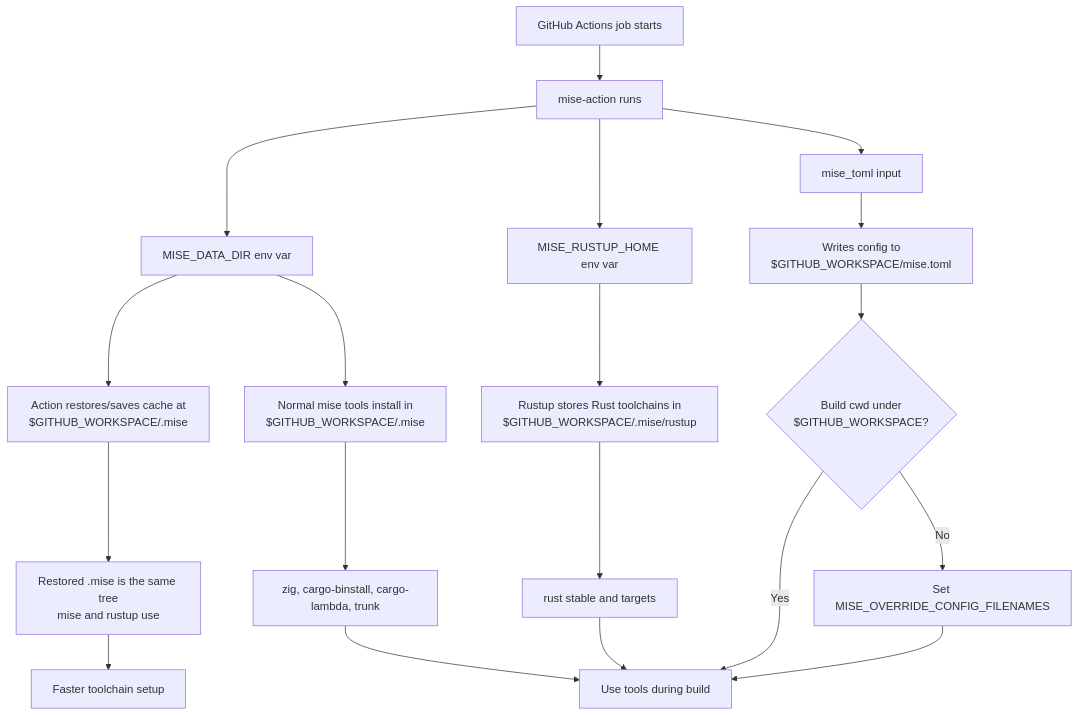
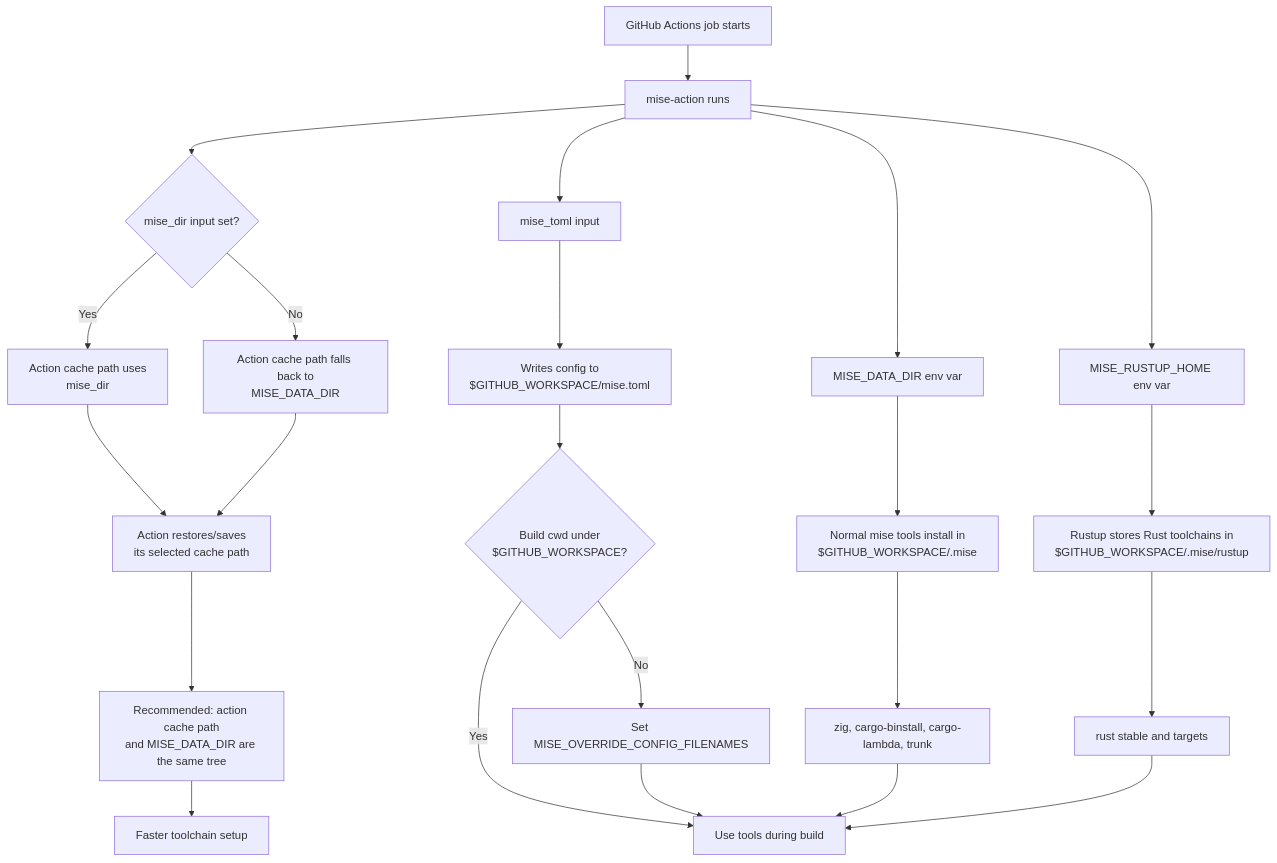
One commit to garysassano/cargo-ci-cache-archive changed the diagram in docs/operations/mise-tool-setup.md. Above: the diagram before and after it, drawn with Mermaid.

Commit message:
Show mise_dir fallback in setup diagram

````diff
--- a/docs/operations/mise-tool-setup.md
+++ b/docs/operations/mise-tool-setup.md
@@ -113,28 +113,32 @@
 ```mermaid
 flowchart TD
     A[GitHub Actions job starts] --> B[mise-action runs]
 
-    B --> C[MISE_DATA_DIR env var]
-    C --> D[Action restores/saves cache at<br/>$GITHUB_WORKSPACE/.mise]
+    B --> C{mise_dir input set?}
+    C -->|Yes| D[Action cache path uses<br/>mise_dir]
+    C -->|No| E[Action cache path falls back to<br/>MISE_DATA_DIR]
+    D --> D2[Action restores/saves<br/>its selected cache path]
+    E --> D2
 
-    C --> F[Normal mise tools install in<br/>$GITHUB_WORKSPACE/.mise]
-    F --> G[zig, cargo-binstall, cargo-lambda, trunk]
+    B --> F[MISE_DATA_DIR env var]
+    F --> F2[Normal mise tools install in<br/>$GITHUB_WORKSPACE/.mise]
+    F2 --> G[zig, cargo-binstall, cargo-lambda, trunk]
 
     B --> H[MISE_RUSTUP_HOME env var]
     H --> I[Rustup stores Rust toolchains in<br/>$GITHUB_WORKSPACE/.mise/rustup]
     I --> J[rust stable and targets]
 
     B --> O[mise_toml input]
     O --> P[Writes config to<br/>$GITHUB_WORKSPACE/mise.toml]
 
     P --> Q{Build cwd under<br/>$GITHUB_WORKSPACE?}
     Q -->|Yes| K
     Q -->|No| R[Set MISE_OVERRIDE_CONFIG_FILENAMES]
     R --> K
 
     G --> K[Use tools during build]
     J --> K
 
-    D --> L[Restored .mise is the same tree<br/>mise and rustup use]
+    D2 --> L[Recommended: action cache path<br/>and MISE_DATA_DIR are the same tree]
     L --> M[Faster toolchain setup]
 ```
````
